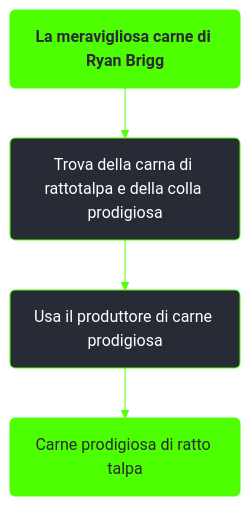
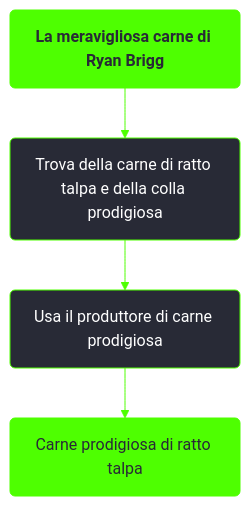
One commit to persy/wastelander changed the diagram in content/voci/fallout 3/missioni/La meravigliosa carne di Ryan Brigg.md. Above: the diagram before and after it, drawn with Mermaid. The commit also changed 62 other files, not shown here.

````diff
--- a/content/voci/fallout 3/missioni/La meravigliosa carne di Ryan Brigg.md
+++ b/content/voci/fallout 3/missioni/La meravigliosa carne di Ryan Brigg.md
@@ -23,12 +23,12 @@
 ```mermaid
 %%{init: {'theme': 'base', 'themeVariables': { 'primaryColor': '#282a36', 'primaryBorderColor': '#4eff01', 'primaryTextColor': '#fff', 'lineColor': '#4eff01', 'fontFamily': 'Jura'}}}%%
 graph TD;
     id1(<b>La meravigliosa carne di Ryan Brigg</b>):::questfo3
-    id2(Trova della carna di rattotalpa e della colla prodigiosa)
+    id2(Trova della carne di ratto talpa e della colla prodigiosa)
     id3(Usa il produttore di carne prodigiosa)
     id4(Carne prodigiosa di ratto talpa):::rewardfo3
     id1-->id2-->id3-->id4
     click id2 "../../luoghi/tunnel-di-jury-st"
     classDef rewardfo3 fill:#4eff01, stroke:#4eff01, color:#282a36;
     classDef questfo3 fill:#4eff01, stroke:#4eff01, color:#282a36;
 ```
````
